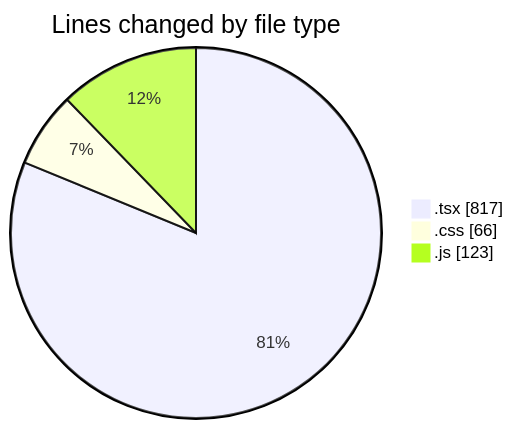
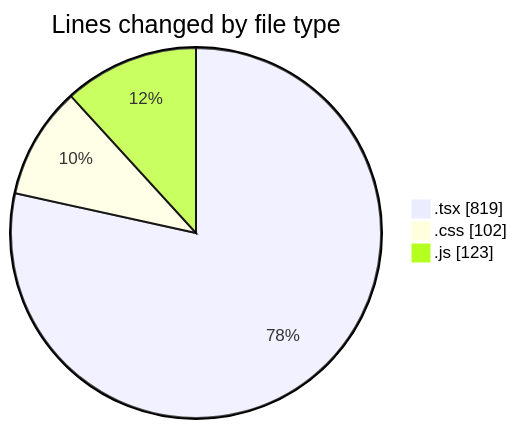
One commit to robertbonfada/code-tracking changed the first of 2 diagrams in 2025-01-17/mbc-web/README.md. Above: the diagram before and after it, drawn with Mermaid. The commit also changed other lines of this file and 1 other file, not shown here.

````diff
--- a/2025-01-17/mbc-web/README.md
+++ b/2025-01-17/mbc-web/README.md
@@ -33,7 +34,7 @@
 ```mermaid
 pie showData
 title Lines changed by file type
-".tsx" : 817
-".css" : 66
+".tsx" : 819
+".css" : 102
 ".js" : 123
 ```
````
